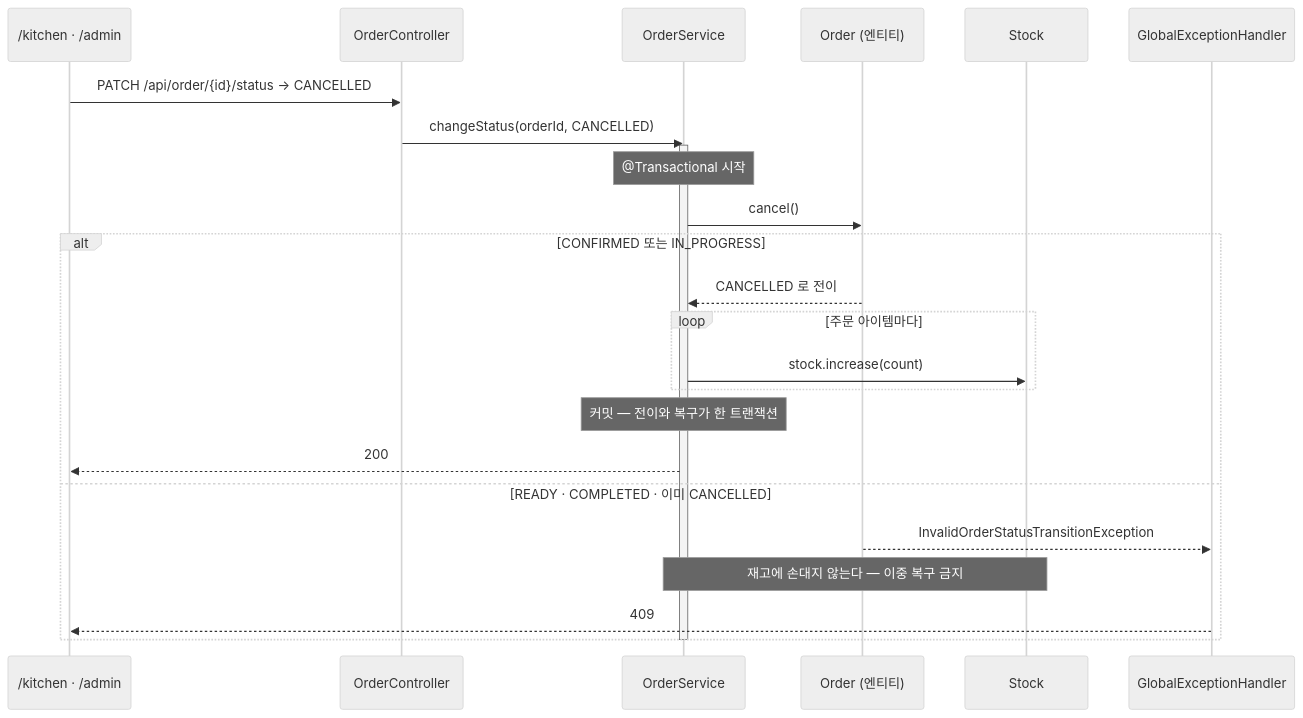
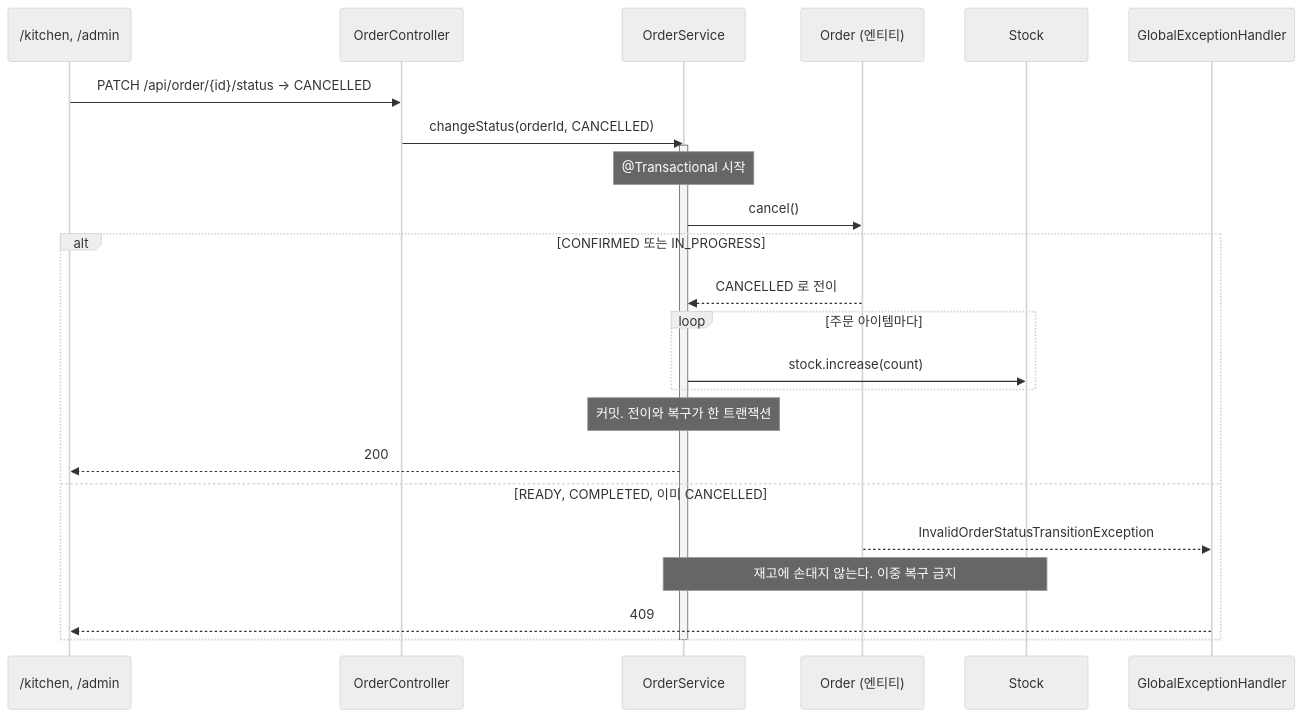
The sixth of 8 diagrams in docs/design/architecture.md (hhyukk/cafe-kiosk), drawn with Mermaid (neutral theme) before and after one commit. The commit also changed other lines of this file and 12 other files, not shown here.

````diff
--- a/docs/design/architecture.md
+++ b/docs/design/architecture.md
@@ -378,29 +378,29 @@
 ```mermaid
 sequenceDiagram
-    participant K as /kitchen · /admin
+    participant K as /kitchen, /admin
     participant C as OrderController
     participant S as OrderService
     participant O as Order (엔티티)
     participant ST as Stock
     participant G as GlobalExceptionHandler
 
     K->>C: PATCH /api/order/{id}/status → CANCELLED
     C->>S: changeStatus(orderId, CANCELLED)
     activate S
     Note over S: @Transactional 시작
     S->>O: cancel()
 
     alt CONFIRMED 또는 IN_PROGRESS
         O-->>S: CANCELLED 로 전이
         loop 주문 아이템마다
             S->>ST: stock.increase(count)
         end
-        Note over S: 커밋 — 전이와 복구가 한 트랜잭션
+        Note over S: 커밋. 전이와 복구가 한 트랜잭션
         S-->>K: 200
-    else READY · COMPLETED · 이미 CANCELLED
+    else READY, COMPLETED, 이미 CANCELLED
         O-->>G: InvalidOrderStatusTransitionException
-        Note over S,ST: 재고에 손대지 않는다 — 이중 복구 금지
+        Note over S,ST: 재고에 손대지 않는다. 이중 복구 금지
         G-->>K: 409
     end
     deactivate S
 ```
````
